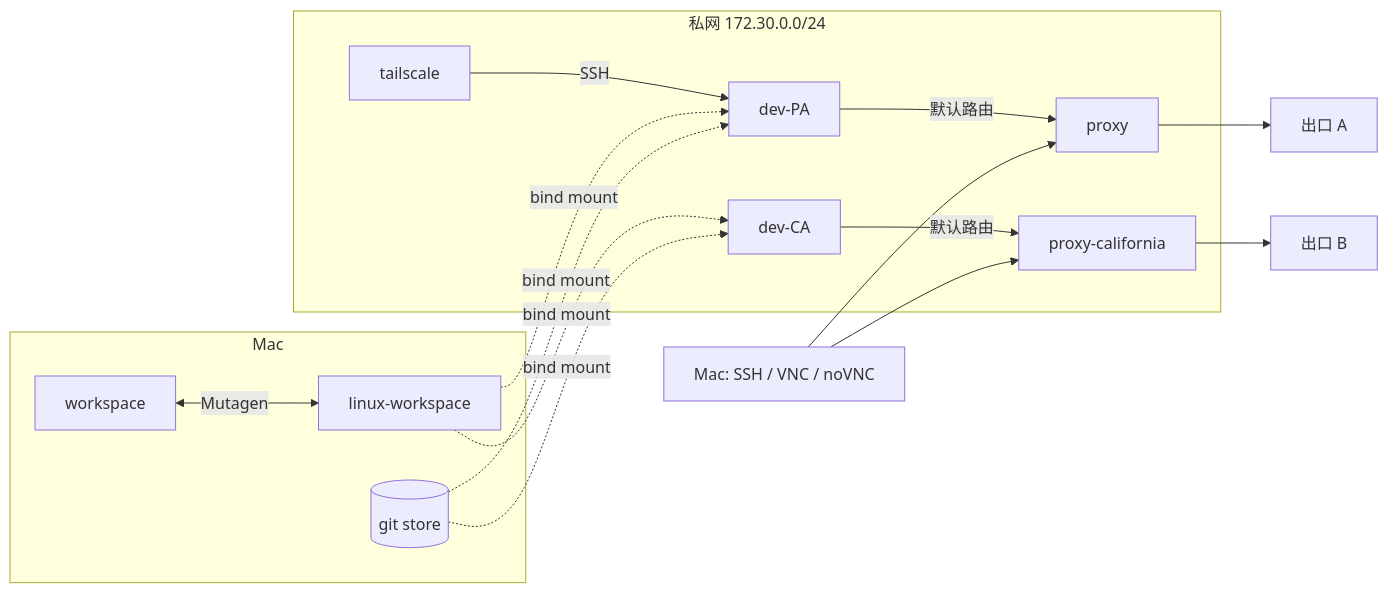
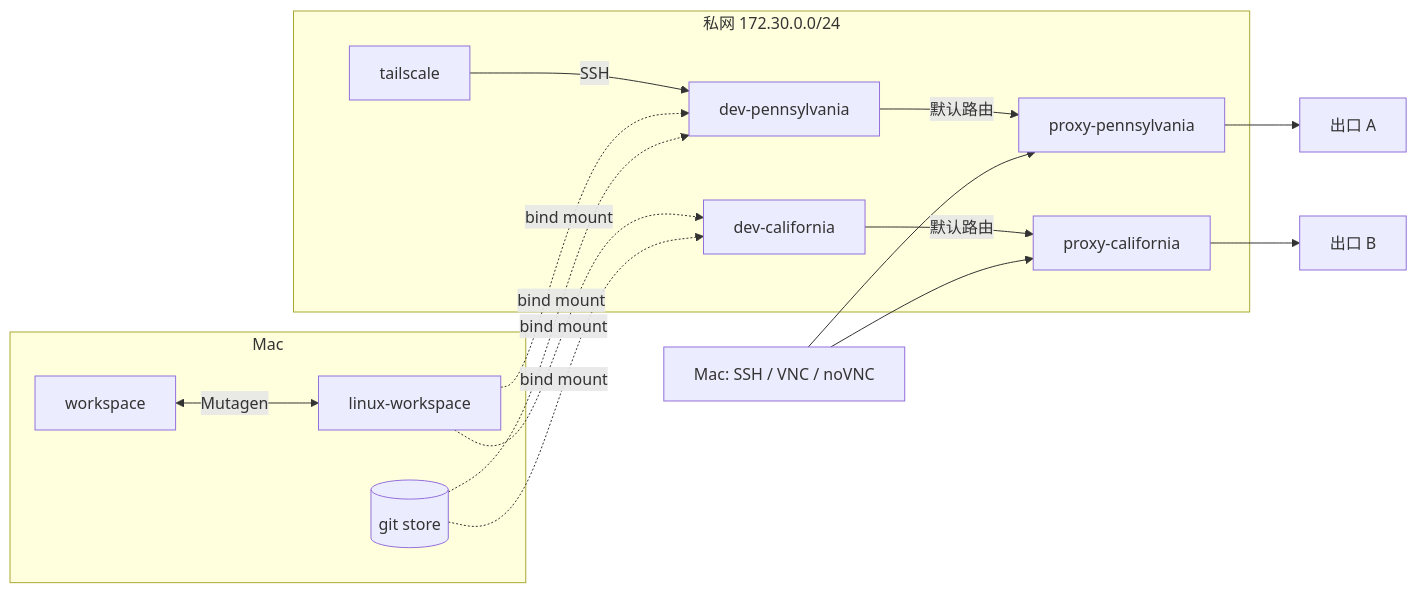
Before and after one commit to zeke-chin/cc-runtime: the diagram in docs/architecture.md, drawn with Mermaid. The commit also changed other lines of this file and 10 other files, not shown here.

First line of the commit message:
refactor: 统一服务命名为 dev-pennsylvania/dev-california/proxy-*，删除迁移期逻辑

````diff
--- a/docs/architecture.md
+++ b/docs/architecture.md
@@ -7,17 +7,17 @@
 ```mermaid
 flowchart LR
     subgraph mac[Mac]
         WS[workspace] <-->|Mutagen| LW[linux-workspace]
         GIT[(git store)]
     end
     subgraph private[私网 172.30.0.0/24]
-        PA[dev-PA] -->|默认路由| P1[proxy]
-        CA[dev-CA] -->|默认路由| P2[proxy-california]
+        PA[dev-pennsylvania] -->|默认路由| P1[proxy-pennsylvania]
+        CA[dev-california] -->|默认路由| P2[proxy-california]
         TS[tailscale] -->|SSH| PA
     end
     LW -. bind mount .-> PA & CA
     GIT -. bind mount .-> PA & CA
     P1 --> E1[出口 A]
     P2 --> E2[出口 B]
     H[Mac: SSH / VNC / noVNC] --> P1 & P2
 ```
````
